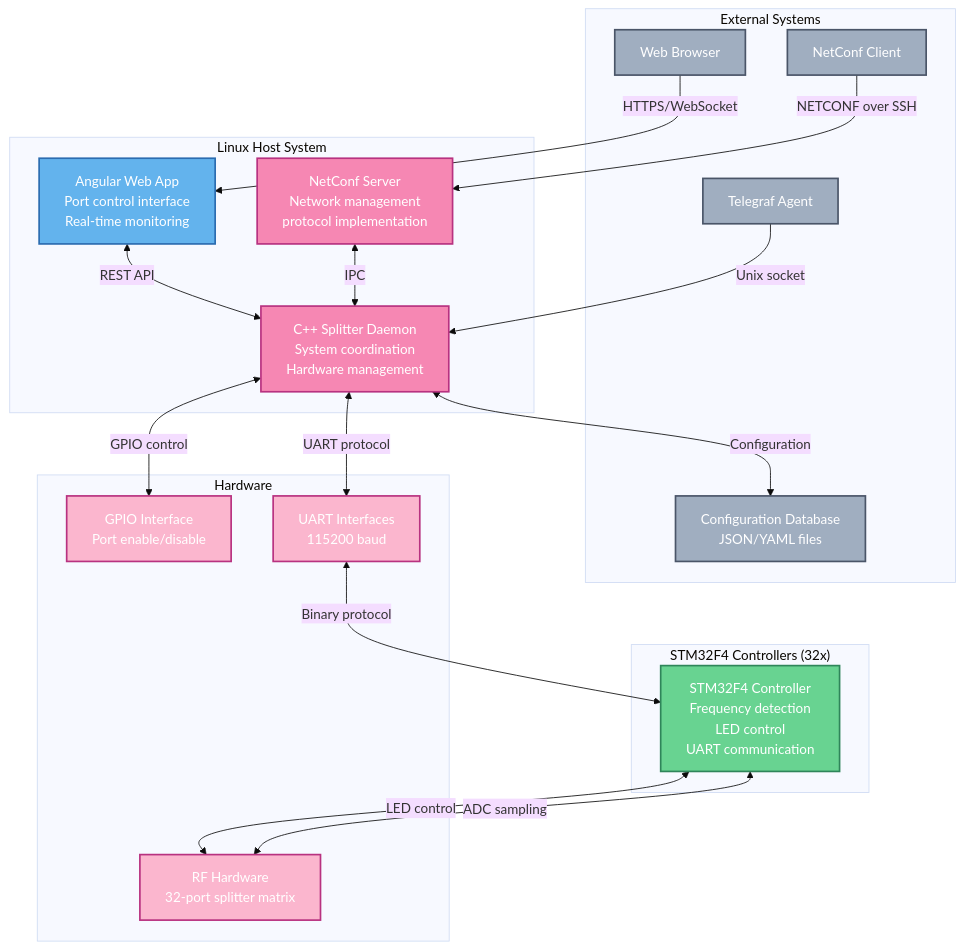
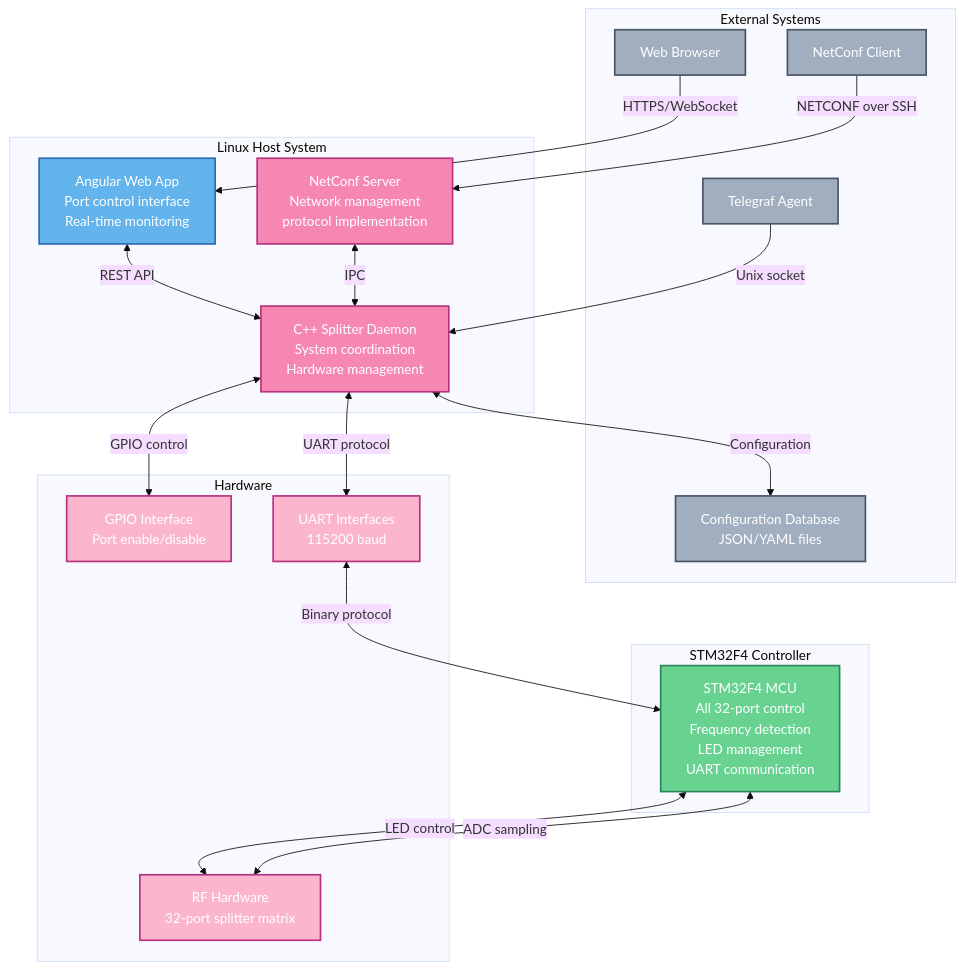
The second of 5 diagrams in README.md (alandovskis/lband-splitter), drawn with Mermaid (base theme) before and after one commit. The commit also changed other lines of this file, not shown here.

````diff
--- a/README.md
+++ b/README.md
@@ -48,52 +48,52 @@
 ```mermaid
 graph TB
     subgraph "Linux Host System"
         WebApp[Angular Web App<br/>Port control interface<br/>Real-time monitoring]
         Daemon[C++ Splitter Daemon<br/>System coordination<br/>Hardware management]
         NetConfServer[NetConf Server<br/>Network management<br/>protocol implementation]
     end
     
-    subgraph "STM32F4 Controllers (32x)"
-        STM32[STM32F4 Controller<br/>Frequency detection<br/>LED control<br/>UART communication]
+    subgraph "STM32F4 Controller"
+        STM32[STM32F4 MCU<br/>All 32-port control<br/>Frequency detection<br/>LED management<br/>UART communication]
     end
     
     subgraph "External Systems"
         Browser[Web Browser]
         NetConfClient[NetConf Client]
         Monitoring[Telegraf Agent]
         Database[Configuration Database<br/>JSON/YAML files]
     end
     
     subgraph "Hardware"
         GPIO[GPIO Interface<br/>Port enable/disable]
         UART[UART Interfaces<br/>115200 baud]
         RF[RF Hardware<br/>32-port splitter matrix]
     end
     
     Browser -->|HTTPS/WebSocket| WebApp
     NetConfClient -->|NETCONF over SSH| NetConfServer
     Monitoring -->|Unix socket| Daemon
     
     WebApp <-->|REST API| Daemon
     NetConfServer <-->|IPC| Daemon
     
     Daemon <-->|Configuration| Database
     Daemon <-->|GPIO control| GPIO
     Daemon <-->|UART protocol| UART
     
     UART <-->|Binary protocol| STM32
     STM32 <-->|LED control| RF
     STM32 <-->|ADC sampling| RF
     
     classDef webapp fill:#63B3ED,stroke:#2B6CB0,stroke-width:2px,color:#fff
     classDef daemon fill:#F687B3,stroke:#B83280,stroke-width:2px,color:#fff
     classDef firmware fill:#68D391,stroke:#2F855A,stroke-width:2px,color:#fff
     classDef external fill:#A0AEC0,stroke:#4A5568,stroke-width:2px,color:#fff
     classDef hardware fill:#FBB6CE,stroke:#B83280,stroke-width:2px,color:#fff
     
     class WebApp webapp
     class Daemon,NetConfServer daemon
     class STM32 firmware
     class Browser,NetConfClient,Monitoring,Database external
     class GPIO,UART,RF hardware
 ```
````
